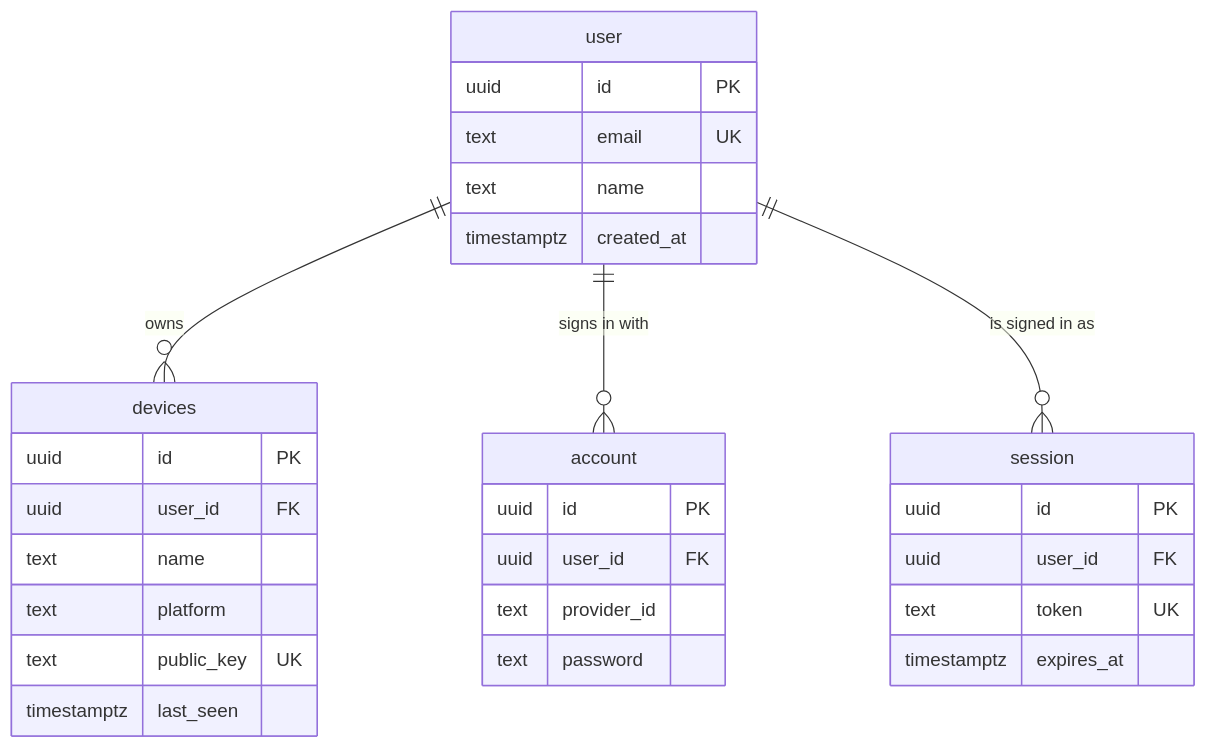
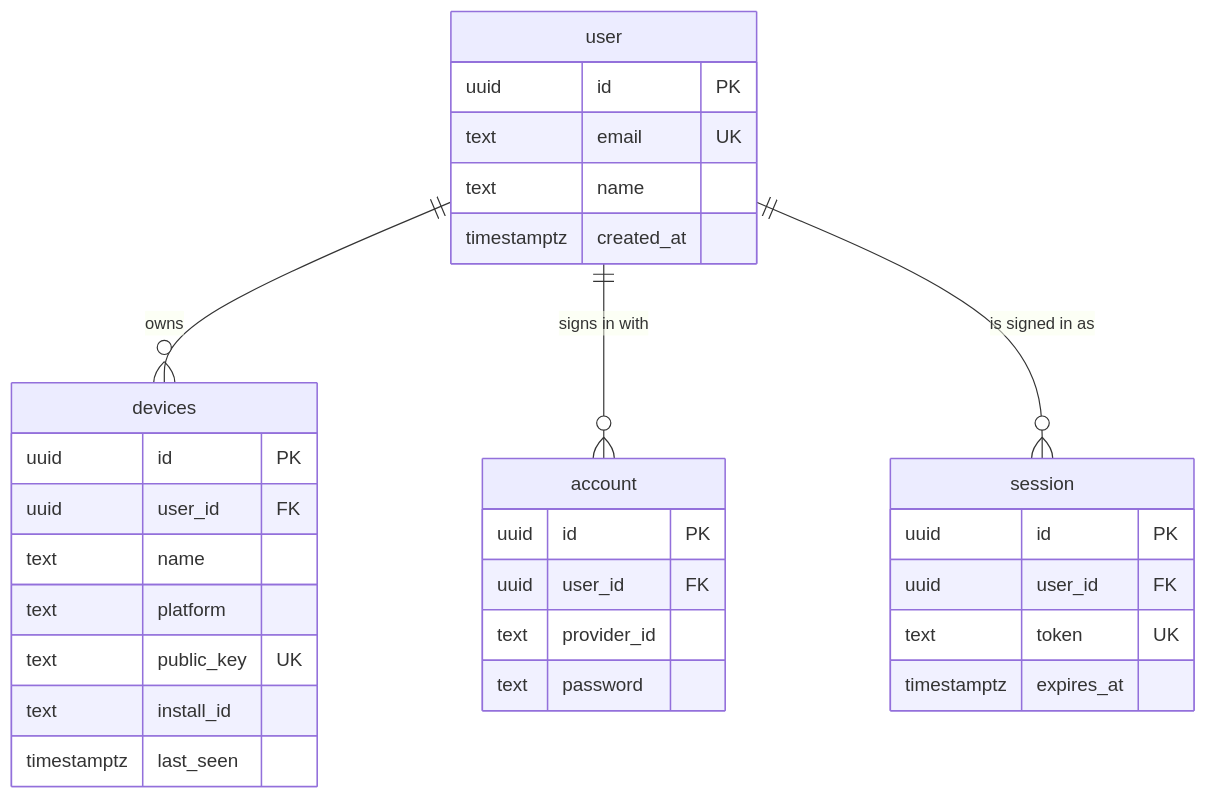
The diagram in docs/schema.md (mrstrange1708/FuseOS), drawn with Mermaid before and after one commit. The commit also changed other lines of this file and 32 other files, not shown here.

````diff
--- a/docs/schema.md
+++ b/docs/schema.md
@@ -13,33 +13,34 @@
 ```mermaid
 erDiagram
     user ||--o{ devices : owns
     user ||--o{ account : "signs in with"
     user ||--o{ session : "is signed in as"
 
     user {
         uuid id PK
         text email UK
         text name
         timestamptz created_at
     }
     account {
         uuid id PK
         uuid user_id FK
         text provider_id
         text password
     }
     session {
         uuid id PK
         uuid user_id FK
         text token UK
         timestamptz expires_at
     }
     devices {
         uuid id PK
         uuid user_id FK
         text name
         text platform
         text public_key UK
+        text install_id
         timestamptz last_seen
     }
 ```
````
